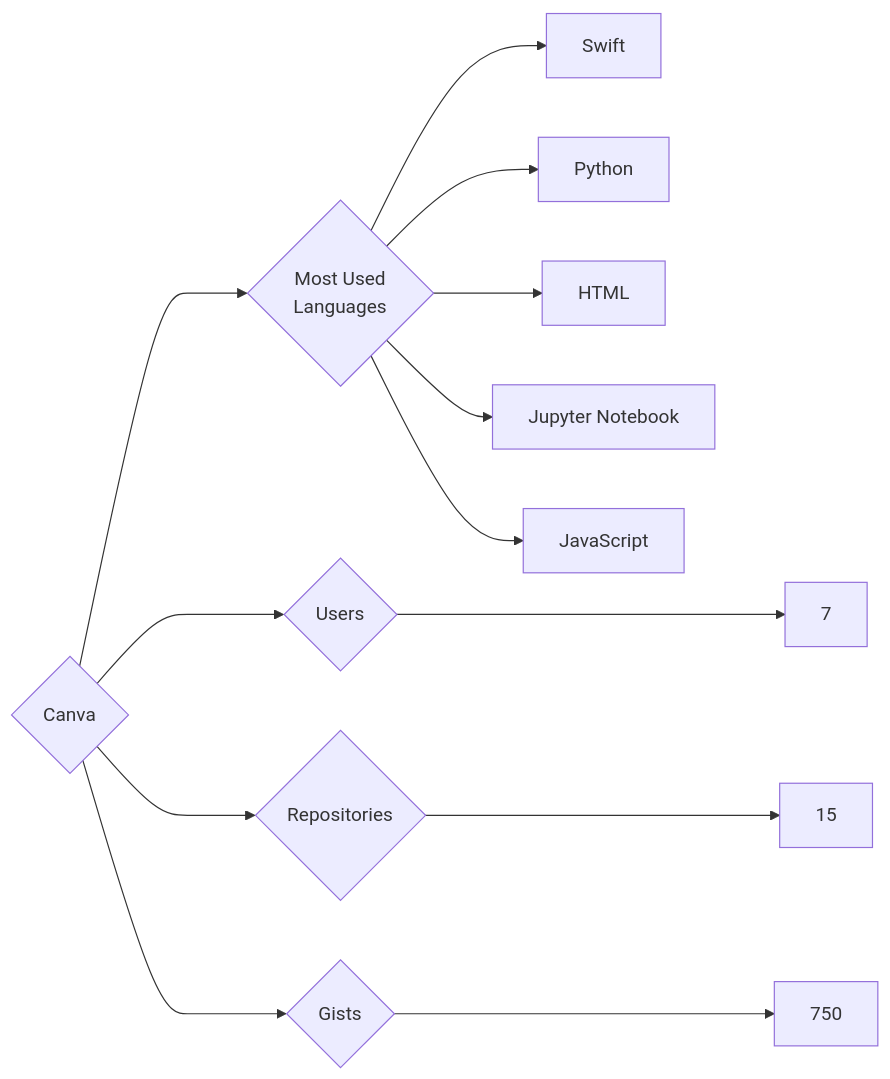
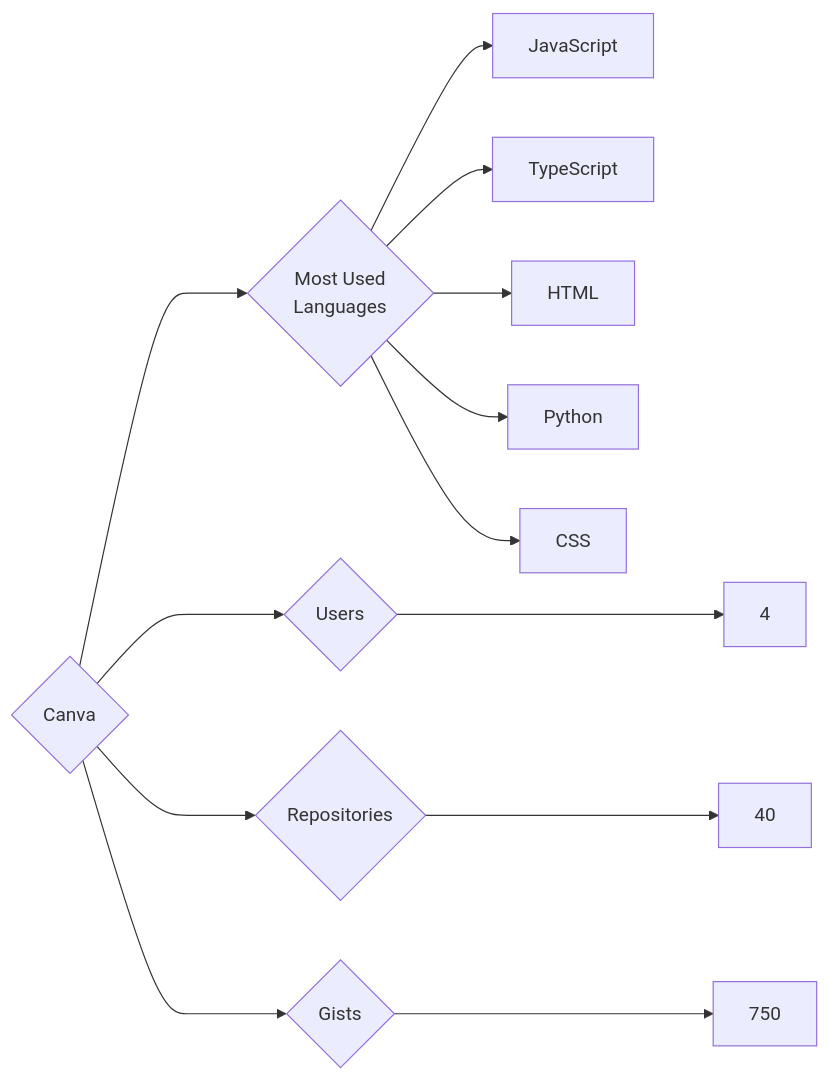
The diagram in targets/Canva/README.md (trickest/insiders), drawn with Mermaid before and after one commit. The commit also changed 997 other files, not shown here.

````diff
--- a/targets/Canva/README.md
+++ b/targets/Canva/README.md
@@ -3,13 +3,13 @@
 ```mermaid
 graph LR
 COMPANY_NAME{Canva}
-COMPANY_NAME ---> U{Users} ---> UN[7]
-COMPANY_NAME ---> R{Repositories} ---> RN[15]
+COMPANY_NAME ---> U{Users} ---> UN[4]
+COMPANY_NAME ---> R{Repositories} ---> RN[40]
 COMPANY_NAME ---> G{Gists} ---> GN[750]
 COMPANY_NAME ---> ML{Most Used<br>Languages}
-ML --> Swift[Swift]
+ML --> JavaScript[JavaScript]
+ML --> TypeScript[TypeScript]
+ML --> HTML[HTML]
 ML --> Python[Python]
-ML --> HTML[HTML]
-ML --> Jupyter_Notebook[Jupyter Notebook]
-ML --> JavaScript[JavaScript]
+ML --> CSS[CSS]
 ```
````
